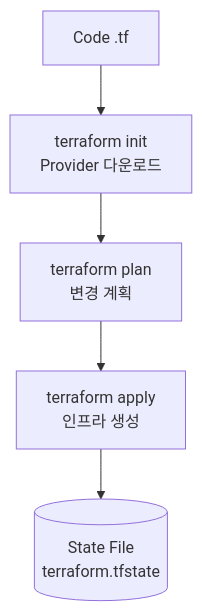
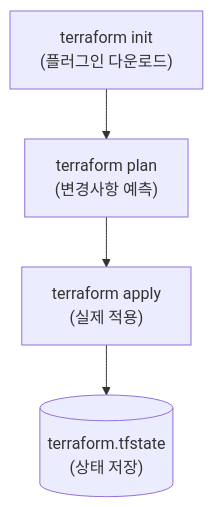
The diagram in _posts/iac/2025-11-19-Terraform_study.md (HamaPr/HamaPr.github.io), drawn with Mermaid before and after one commit. The commit also changed other lines of this file and 94 other files, not shown here.

````diff
--- a/_posts/iac/2025-11-19-Terraform_study.md
+++ b/_posts/iac/2025-11-19-Terraform_study.md
@@ -47,7 +29,6 @@
 ```mermaid
 flowchart TD
-    Code["Code .tf"] --> Init["terraform init<br/>Provider 다운로드"]
-    Init --> Plan["terraform plan<br/>변경 계획"]
-    Plan --> Apply["terraform apply<br/>인프라 생성"]
-    Apply --> State[("State File<br/>terraform.tfstate")]
+    Init["terraform init<br>(플러그인 다운로드)"] --> Plan["terraform plan<br>(변경사항 예측)"]
+    Plan --> Apply["terraform apply<br>(실제 적용)"]
+    Apply --> State[("terraform.tfstate<br>(상태 저장)")]
 ```
````
